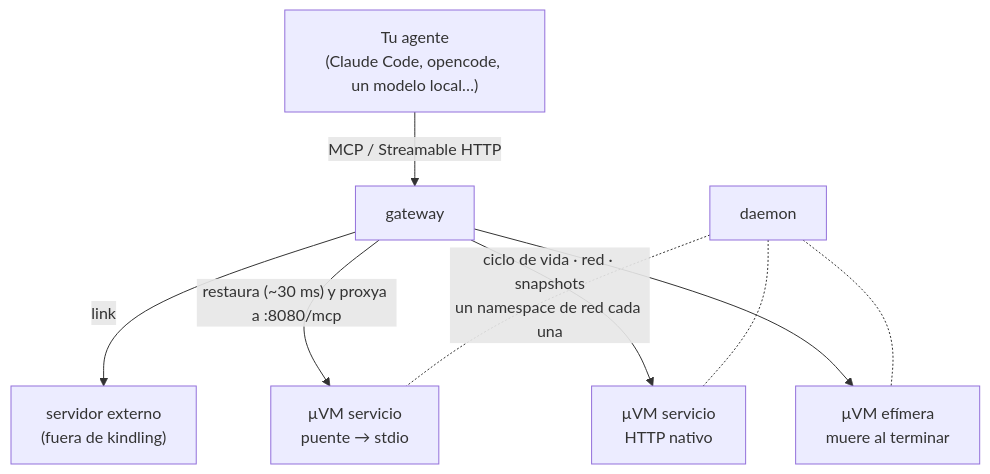
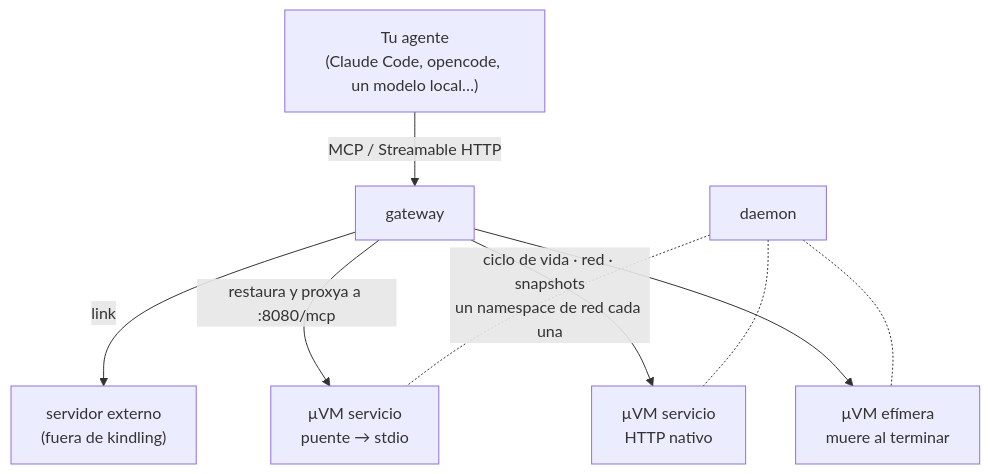
Before and after one commit to juan52878911/kindling: the diagram in docs/guia.md, drawn with Mermaid. The commit also changed other lines of this file and 28 other files, not shown here.

````diff
--- a/docs/guia.md
+++ b/docs/guia.md
@@ -133,11 +131,11 @@
 ```mermaid
 flowchart TD
     A["Tu agente<br/>(Claude Code, opencode, un modelo local…)"] -- "MCP / Streamable HTTP" --> G[gateway]
     G -- link --> E["servidor externo<br/>(fuera de kindling)"]
-    G -- "restaura (~30 ms) y proxya a :8080/mcp" --> V1["µVM servicio<br/>puente → stdio"]
+    G -- "restaura y proxya a :8080/mcp" --> V1["µVM servicio<br/>puente → stdio"]
     G --> V2["µVM servicio<br/>HTTP nativo"]
     G --> V3["µVM efímera<br/>muere al terminar"]
     D[daemon] -. "ciclo de vida · red · snapshots<br/>un namespace de red cada una" .- V1
     D -.- V2
     D -.- V3
 ```
````
